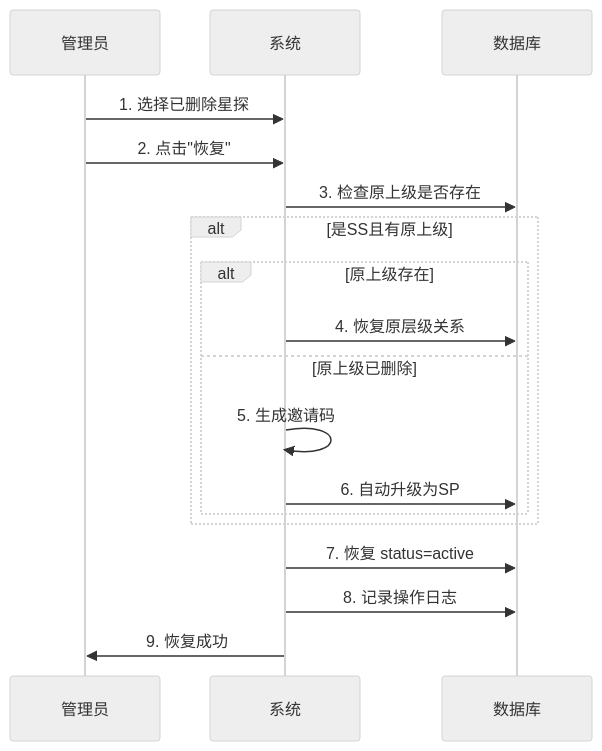
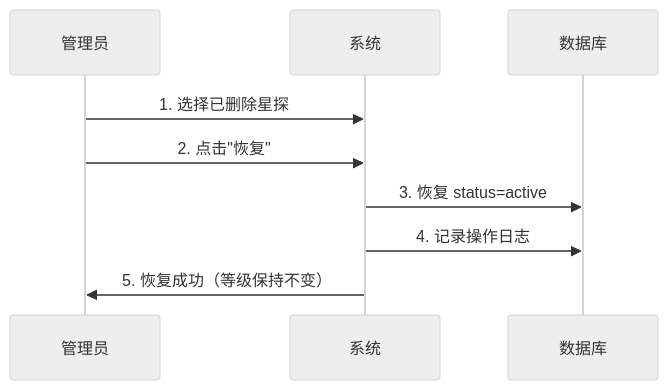
Diagram 16 of 20 in docs/guides/business/workflows/business-processes-overview.md (chzhh393/aomi-star), drawn with Mermaid (neutral theme) before and after one commit. The commit also changed other lines of this file and 47 other files, not shown here.

````diff
--- a/docs/guides/business/workflows/business-processes-overview.md
+++ b/docs/guides/business/workflows/business-processes-overview.md
@@ -1887,24 +1772,12 @@
 ```mermaid
 sequenceDiagram
     participant AD as 管理员
     participant SYS as 系统
     participant DB as 数据库
-    
+
     AD->>SYS: 1. 选择已删除星探
     AD->>SYS: 2. 点击"恢复"
-    
-    SYS->>DB: 3. 检查原上级是否存在
-    
-    alt 是SS且有原上级
-        alt 原上级存在
-            SYS->>DB: 4. 恢复原层级关系
-        else 原上级已删除
-            SYS->>SYS: 5. 生成邀请码
-            SYS->>DB: 6. 自动升级为SP
-        end
-    end
-    
-    SYS->>DB: 7. 恢复 status=active
-    SYS->>DB: 8. 记录操作日志
-    SYS->>AD: 9. 恢复成功
+    SYS->>DB: 3. 恢复 status=active
+    SYS->>DB: 4. 记录操作日志
+    SYS->>AD: 5. 恢复成功（等级保持不变）
 ```
````
